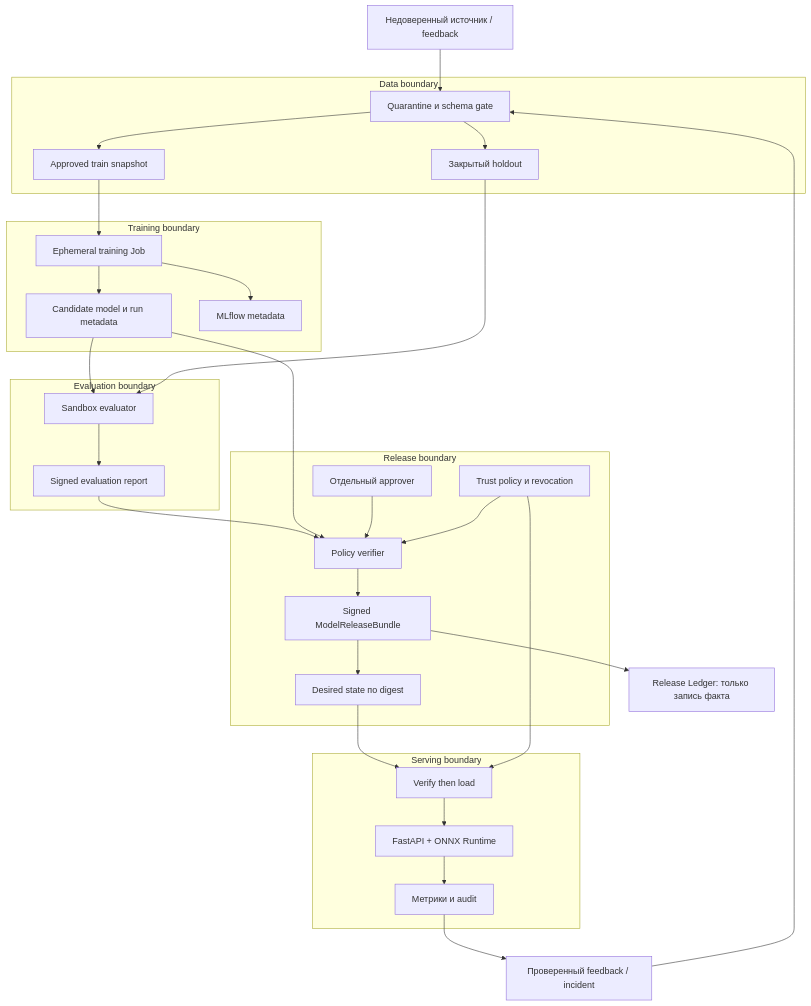
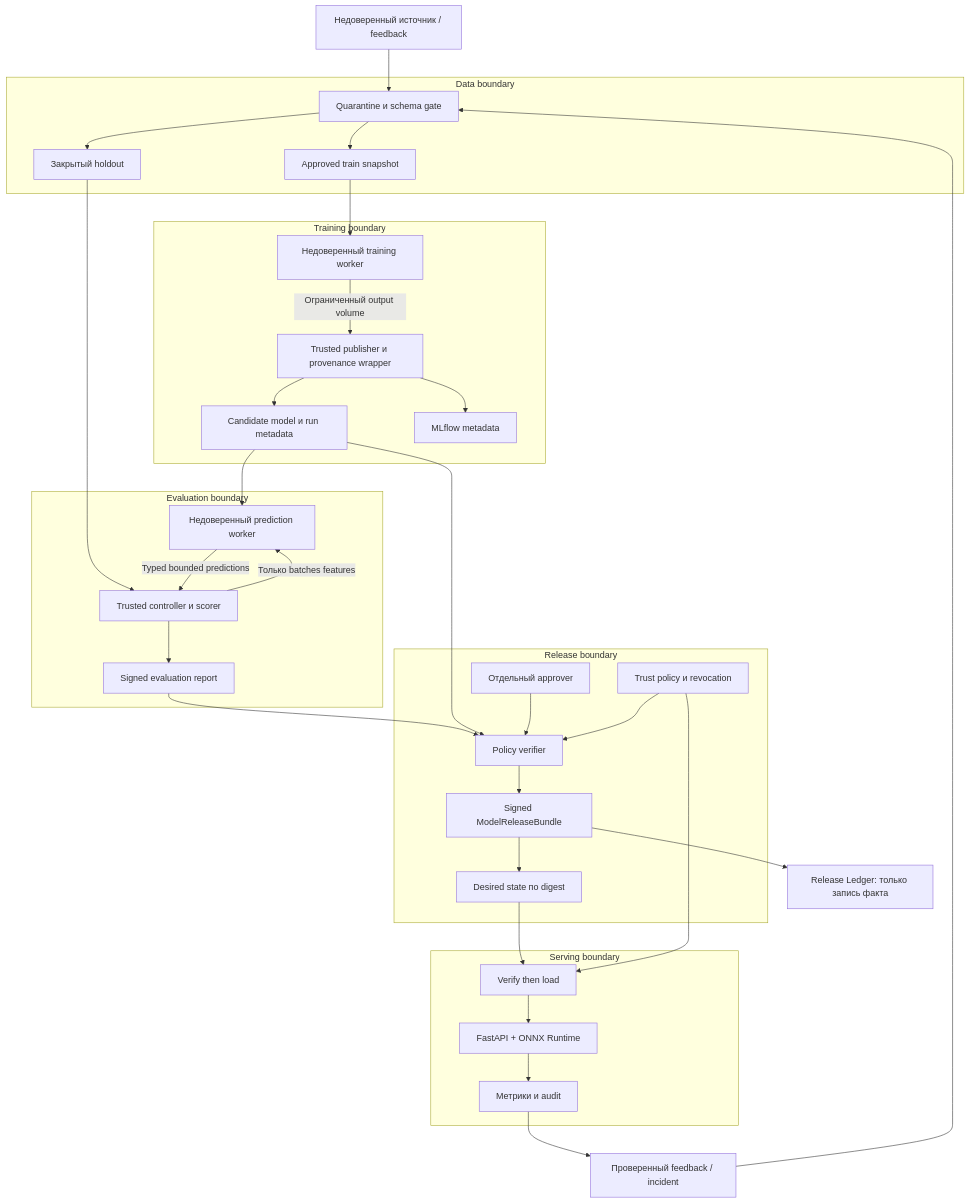
The first of 2 diagrams in docs/architecture.md (Abrakadabra124/trusted-mlsecops-platform), drawn with Mermaid before and after one commit. The commit also changed other lines of this file and 21 other files, not shown here.

Commit message:
Research global MLSecOps practices and strengthen assurance roadmap

````diff
--- a/docs/architecture.md
+++ b/docs/architecture.md
@@ -7,35 +7,38 @@
 ```mermaid
 flowchart TB
     External[Недоверенный источник / feedback] --> Intake
     subgraph DataZone[Data boundary]
         Intake[Quarantine и schema gate] --> Approved[Approved train snapshot]
         Intake --> Holdout[Закрытый holdout]
     end
     subgraph TrainZone[Training boundary]
-        Approved --> Job[Ephemeral training Job]
-        Job --> Candidate[Candidate model и run metadata]
-        Job --> Tracking[MLflow metadata]
+        Approved --> Job[Недоверенный training worker]
+        Job -->|Ограниченный output volume| Publisher[Trusted publisher и provenance wrapper]
+        Publisher --> Candidate[Candidate model и run metadata]
+        Publisher --> Tracking[MLflow metadata]
     end
     subgraph EvalZone[Evaluation boundary]
-        Candidate --> Eval[Sandbox evaluator]
-        Holdout --> Eval
+        Candidate --> Worker[Недоверенный prediction worker]
+        Holdout --> Eval[Trusted controller и scorer]
+        Eval -->|Только batches features| Worker
+        Worker -->|Typed bounded predictions| Eval
         Eval --> Report[Signed evaluation report]
     end
     subgraph ReleaseZone[Release boundary]
         Report --> Verify[Policy verifier]
         Candidate --> Verify
         Approval[Отдельный approver] --> Verify
         Trust[Trust policy и revocation] --> Verify
         Verify --> Bundle[Signed ModelReleaseBundle]
         Bundle --> GitOps[Desired state по digest]
     end
     subgraph RuntimeZone[Serving boundary]
         GitOps --> Loader[Verify then load]
         Trust --> Loader
         Loader --> API[FastAPI + ONNX Runtime]
         API --> Telemetry[Метрики и audit]
     end
     Telemetry --> Review[Проверенный feedback / incident]
     Review --> Intake
     Bundle --> Ledger[Release Ledger: только запись факта]
 ```
````
